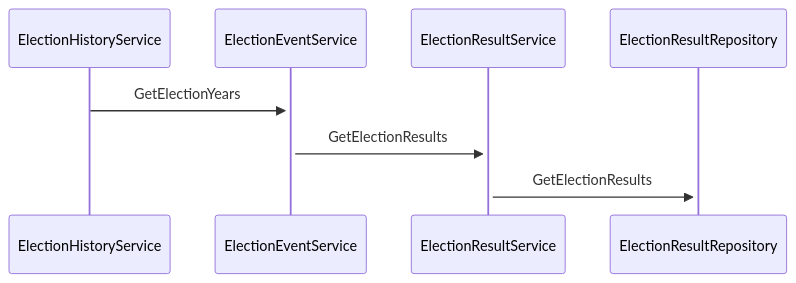
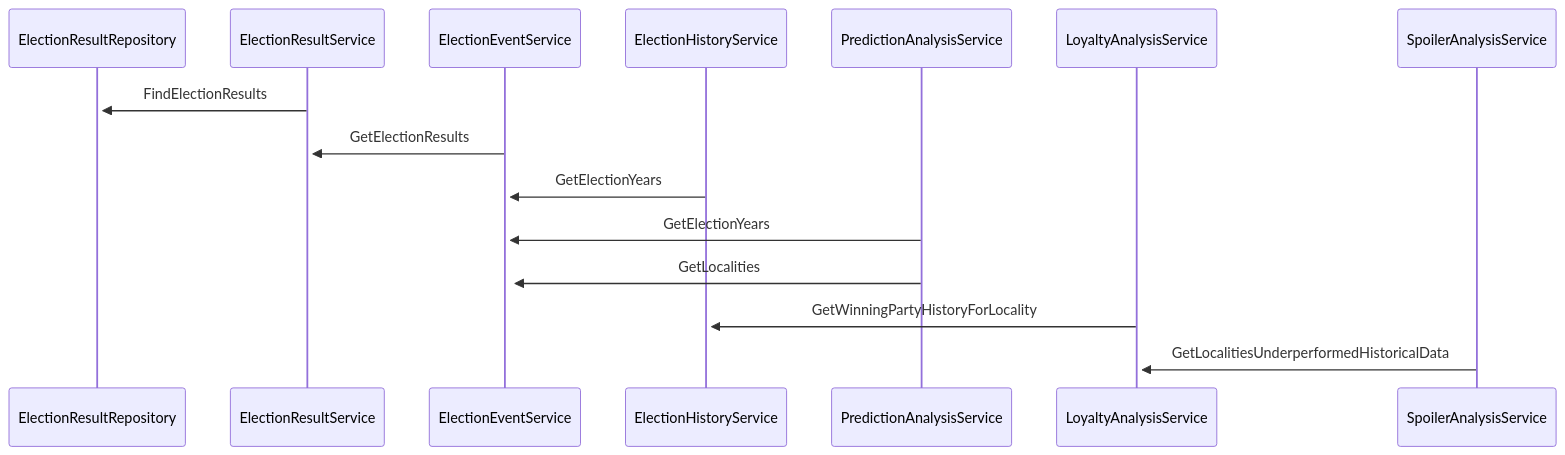
One commit to DrewStern/election-analysis changed the diagram in docs/arch/input/sequence_diagram.mmd. Above: the diagram before and after it, drawn with Mermaid. The commit also changed 2 other files, not shown here.

Commit message:
more updates to mmd arch docs; uncommenting some code related to dependency injection implementation

````diff
--- a/docs/arch/input/sequence_diagram.mmd
+++ b/docs/arch/input/sequence_diagram.mmd
@@ -1,6 +1,18 @@
 ```mermaid
 sequenceDiagram
-    ElectionHistoryService->>+ElectionEventService: GetElectionYears
-    ElectionEventService->>+ElectionResultService: GetElectionResults
-    ElectionResultService->>+ElectionResultRepository: GetElectionResults
+    participant ERR as ElectionResultRepository
+    participant ERS as ElectionResultService
+    participant EES as ElectionEventService
+    participant EHS as ElectionHistoryService
+    participant PAS as PredictionAnalysisService
+    participant LAS as LoyaltyAnalysisService
+    participant SAS as SpoilerAnalysisService
+
+    ERS->>+ERR: FindElectionResults
+    EES->>+ERS: GetElectionResults
+    EHS->>+EES: GetElectionYears
+    PAS->>+EES: GetElectionYears
+    PAS->>+EES: GetLocalities
+    LAS->>+EHS: GetWinningPartyHistoryForLocality
+    SAS->>+LAS: GetLocalitiesUnderperformedHistoricalData
 ```
````
